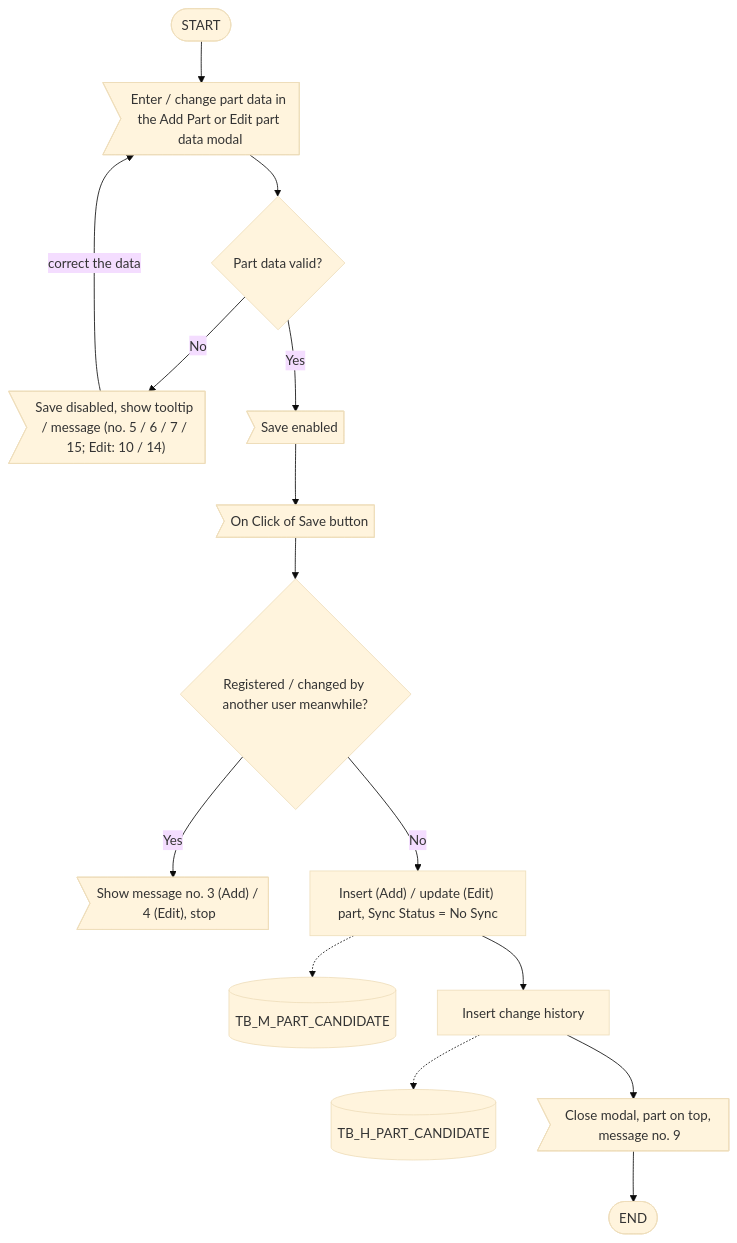
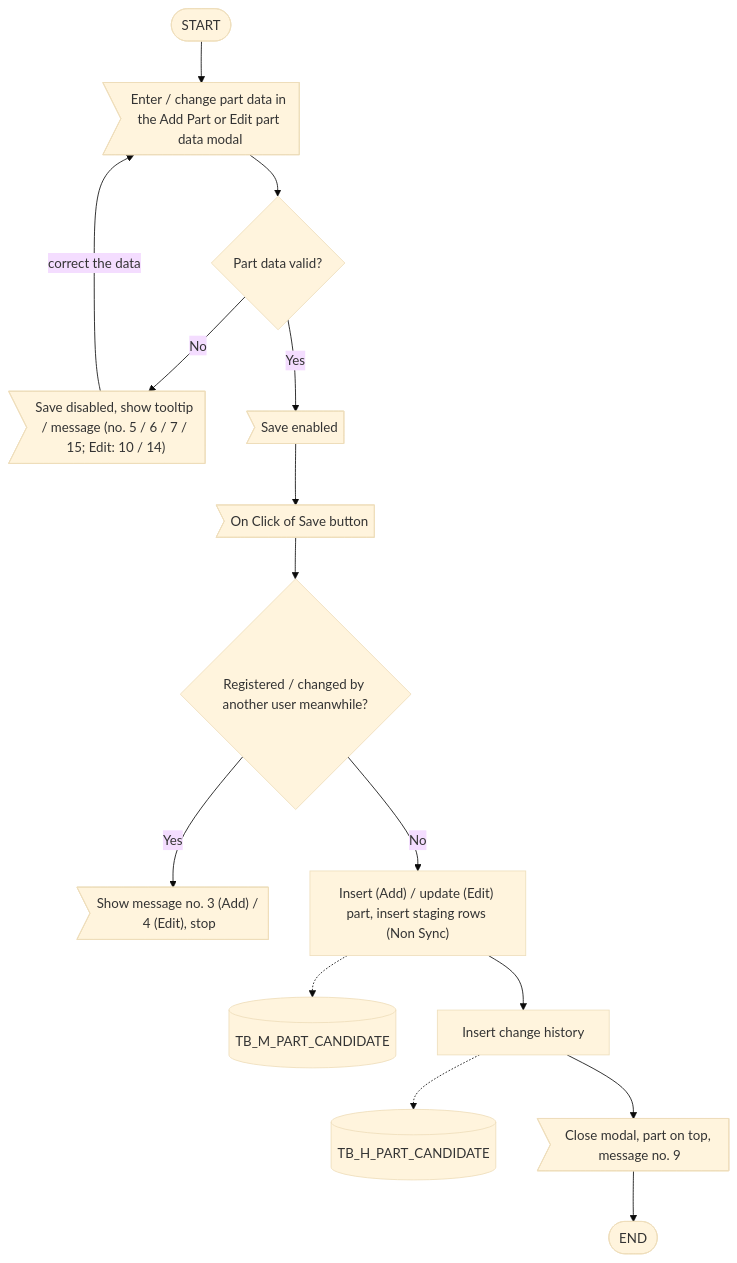
The third of 5 diagrams in prepare_code/uiss/XD01_Screen_CrossDockPartMaster.md (ivanrayhannn/crossdockpoc), drawn with Mermaid (base theme) before and after one commit. The commit also changed other lines of this file and 28 other files, not shown here.

First line of the commit message:
UISS XD01-XD03, XD05-XD07: sync with TB_H_PART_CANDIDATE_STG_SYNC (no sync column on the master, SEND_SEQ upload files, GTOPAS by status + period); ERD, DB Structure, UR summary and Function Summary

````diff
--- a/prepare_code/uiss/XD01_Screen_CrossDockPartMaster.md
+++ b/prepare_code/uiss/XD01_Screen_CrossDockPartMaster.md
@@ -178,31 +179,31 @@
 ```mermaid
 flowchart TB
   s(["START"])
   e1>"Enter / change part data in the Add Part or Edit part data modal"]
   d1{"Part data valid?"}
   m1>"Save disabled, show tooltip / message (no. 5 / 6 / 7 / 15; Edit: 10 / 14)"]
   m2>"Save enabled"]
   e2>"On Click of Save button"]
   d2{"Registered / changed by another user meanwhile?"}
   m3>"Show message no. 3 (Add) / 4 (Edit), stop"]
-  p1["Insert (Add) / update (Edit) part, Sync Status = No Sync"]
+  p1["Insert (Add) / update (Edit) part, insert staging rows (Non Sync)"]
   db[("TB_M_PART_CANDIDATE")]
   p2["Insert change history"]
   db2[("TB_H_PART_CANDIDATE")]
   m4>"Close modal, part on top, message no. 9"]
   x(["END"])
   s --> e1
   e1 --> d1
   d1 -->|No| m1
   m1 -->|correct the data| e1
   d1 -->|Yes| m2
   m2 --> e2
   e2 --> d2
   d2 -->|Yes| m3
   d2 -->|No| p1
   p1 -.-> db
   p1 --> p2
   p2 -.-> db2
   p2 --> m4
   m4 --> x
 ```
````
